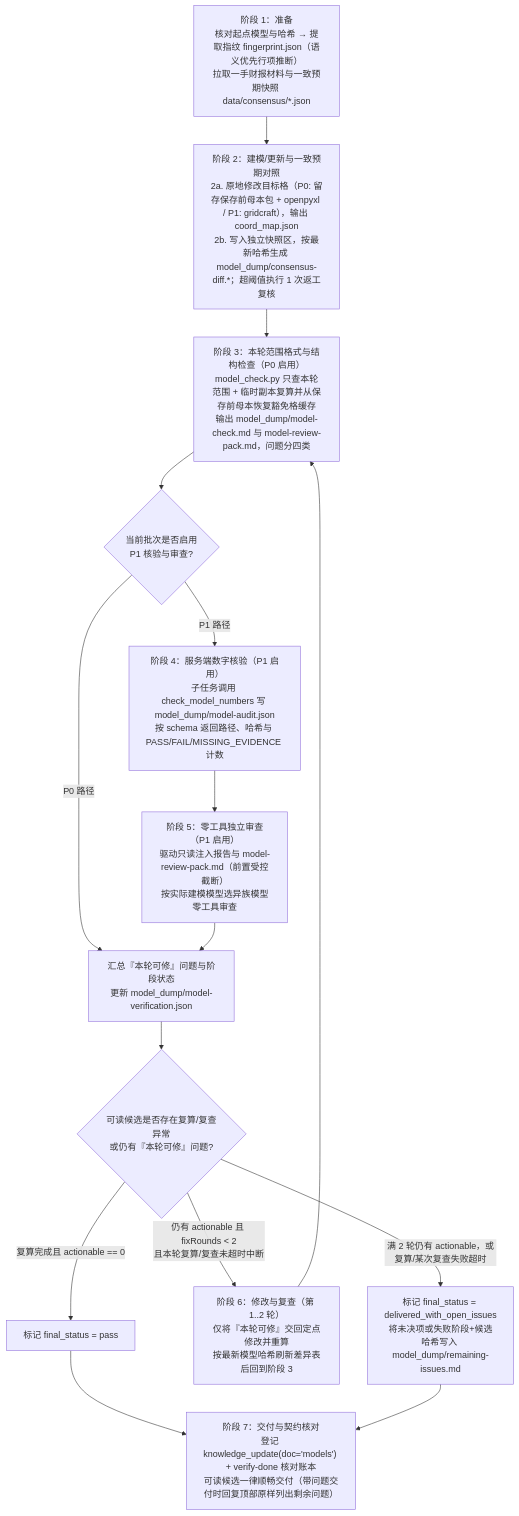
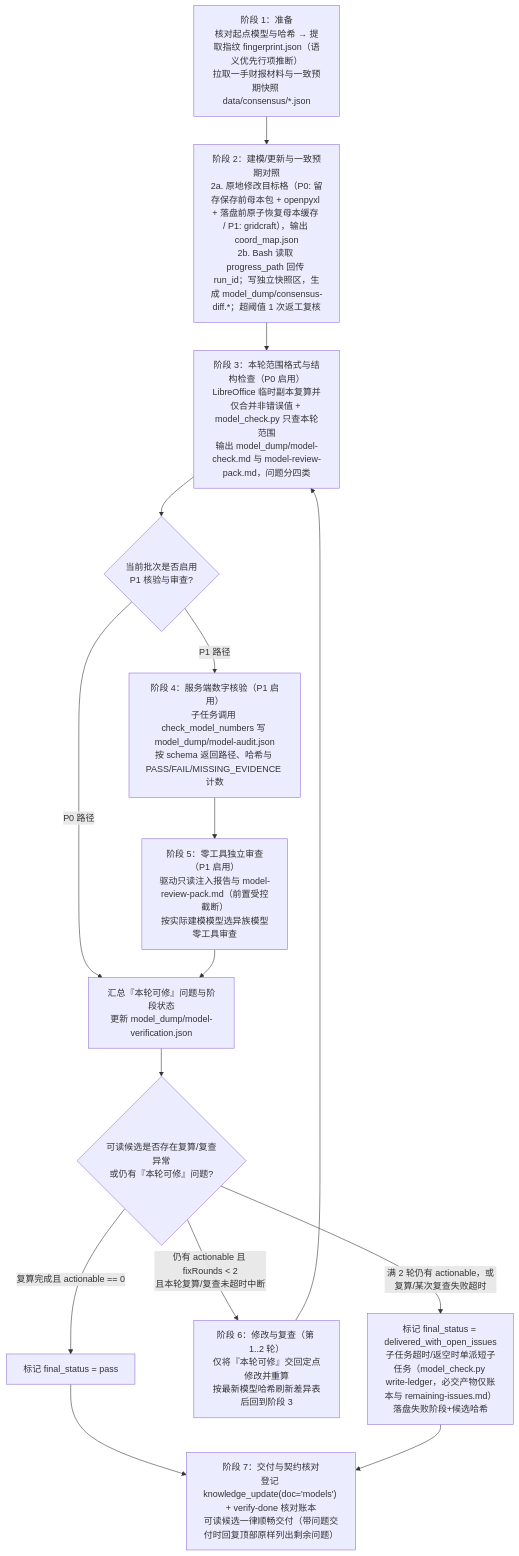
Before and after one commit to everflowinv/dalton-langalpha: the diagram in docs/dalton/features/modeling-v2.md, drawn with Mermaid. The commit also changed other lines of this file, not shown here.

Commit message:
docs(modeling-v2): design r6 final

````diff
--- a/docs/dalton/features/modeling-v2.md
+++ b/docs/dalton/features/modeling-v2.md
@@ -114,17 +114,17 @@
 ```mermaid
 flowchart TD
-    S1["阶段 1：准备<br/>核对起点模型与哈希 → 提取指纹 fingerprint.json（语义优先行项推断）<br/>拉取一手财报材料与一致预期快照 data/consensus/*.json"] --> S2["阶段 2：建模/更新与一致预期对照<br/>2a. 原地修改目标格（P0: 留存保存前母本包 + openpyxl / P1: gridcraft），输出 coord_map.json<br/>2b. 写入独立快照区，按最新哈希生成 model_dump/consensus-diff.*；超阈值执行 1 次返工复核"]
-    S2 --> S3["阶段 3：本轮范围格式与结构检查（P0 启用）<br/>model_check.py 只查本轮范围 + 临时副本复算并从保存前母本恢复豁免格缓存<br/>输出 model_dump/model-check.md 与 model-review-pack.md，问题分四类"]
+    S1["阶段 1：准备<br/>核对起点模型与哈希 → 提取指纹 fingerprint.json（语义优先行项推断）<br/>拉取一手财报材料与一致预期快照 data/consensus/*.json"] --> S2["阶段 2：建模/更新与一致预期对照<br/>2a. 原地修改目标格（P0: 留存保存前母本包 + openpyxl + 落盘前原子恢复母本缓存 / P1: gridcraft），输出 coord_map.json<br/>2b. Bash 读取 progress_path 回传 run_id；写独立快照区，生成 model_dump/consensus-diff.*；超阈值 1 次返工复核"]
+    S2 --> S3["阶段 3：本轮范围格式与结构检查（P0 启用）<br/>LibreOffice 临时副本复算并仅合并非错误值 + model_check.py 只查本轮范围<br/>输出 model_dump/model-check.md 与 model-review-pack.md，问题分四类"]
     S3 --> P1Gate{"当前批次是否启用<br/>P1 核验与审查?"}
     P1Gate -->|"P0 路径"| Merge["汇总『本轮可修』问题与阶段状态<br/>更新 model_dump/model-verification.json"]
     P1Gate -->|"P1 路径"| S4["阶段 4：服务端数字核验（P1 启用）<br/>子任务调用 check_model_numbers 写 model_dump/model-audit.json<br/>按 schema 返回路径、哈希与 PASS/FAIL/MISSING_EVIDENCE 计数"]
     S4 --> S5["阶段 5：零工具独立审查（P1 启用）<br/>驱动只读注入报告与 model-review-pack.md（前置受控截断）<br/>按实际建模模型选异族模型零工具审查"]
     S5 --> Merge
     Merge --> Judge{"可读候选是否存在复算/复查异常<br/>或仍有『本轮可修』问题?"}
     Judge -->|"复算完成且 actionable == 0"| Pass["标记 final_status = pass"]
     Judge -->|"仍有 actionable 且 fixRounds < 2<br/>且本轮复算/复查未超时中断"| S6["阶段 6：修改与复查（第 1..2 轮）<br/>仅将『本轮可修』交回定点修改并重算<br/>按最新模型哈希刷新差异表后回到阶段 3"]
     S6 --> S3
-    Judge -->|"满 2 轮仍有 actionable，或复算/某次复查失败超时"| DeliverOpen["标记 final_status = delivered_with_open_issues<br/>将未决项或失败阶段+候选哈希写入 model_dump/remaining-issues.md"]
+    Judge -->|"满 2 轮仍有 actionable，或复算/某次复查失败超时"| DeliverOpen["标记 final_status = delivered_with_open_issues<br/>子任务超时/返空时单派短子任务（model_check.py write-ledger，必交产物仅账本与 remaining-issues.md）落盘失败阶段+候选哈希"]
     Pass --> S7["阶段 7：交付与契约核对<br/>登记 knowledge_update(doc='models') + verify-done 核对账本<br/>可读候选一律顺畅交付（带问题交付时回复顶部原样列出剩余问题）"]
     DeliverOpen --> S7
 ```
````
